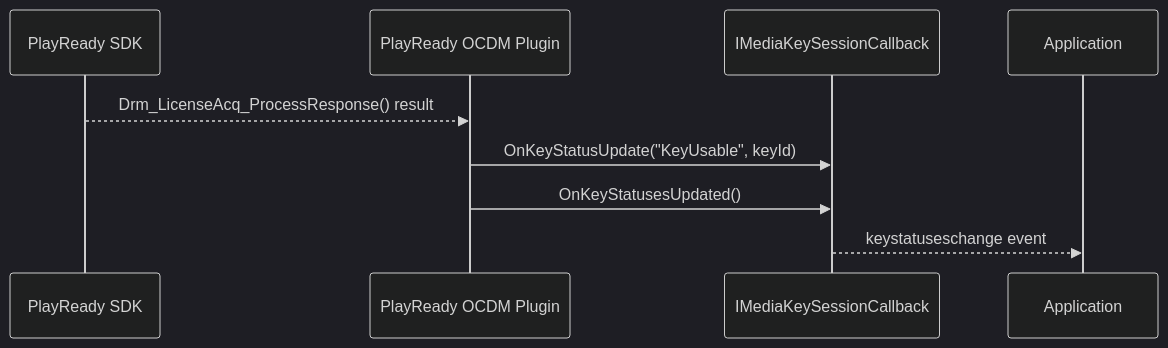
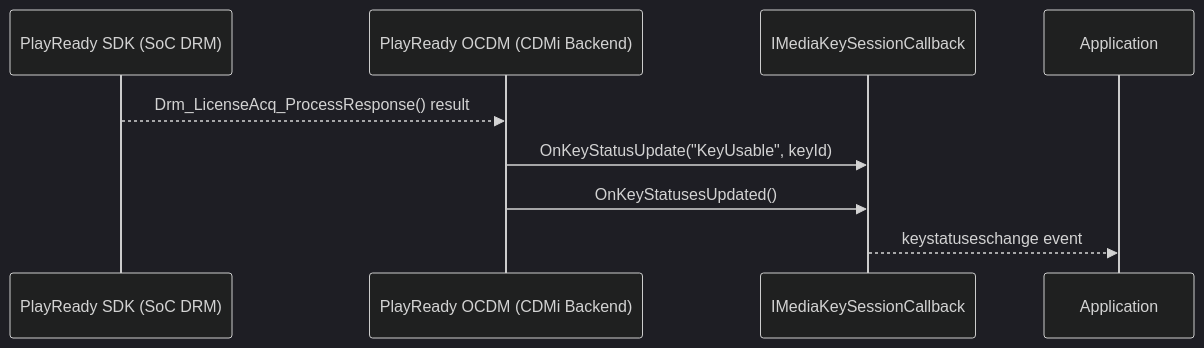
Before and after one commit to rns21/RDK_Documentation: the eighth of 8 diagrams in docs/docu/RDKV-Documentations/playready-ocdm.md, drawn with Mermaid (dark theme). The commit also changed other lines of this file, not shown here.

First line of the commit message:
Revise PlayReady OCDM documentation

````diff
--- a/docs/docu/RDKV-Documentations/playready-ocdm.md
+++ b/docs/docu/RDKV-Documentations/playready-ocdm.md
@@ -361,12 +369,12 @@
 ```mermaid
 sequenceDiagram
-    participant PRSDK as PlayReady SDK
-    participant PR as PlayReady OCDM Plugin
+    participant PRSDK as PlayReady SDK (SoC DRM)
+    participant PR as PlayReady OCDM (CDMi Backend)
     participant CB as IMediaKeySessionCallback
     participant App as Application
 
     PRSDK-->>PR: Drm_LicenseAcq_ProcessResponse() result
     PR->>CB: OnKeyStatusUpdate("KeyUsable", keyId)
     PR->>CB: OnKeyStatusesUpdated()
     CB-->>App: keystatuseschange event
 ```
````
